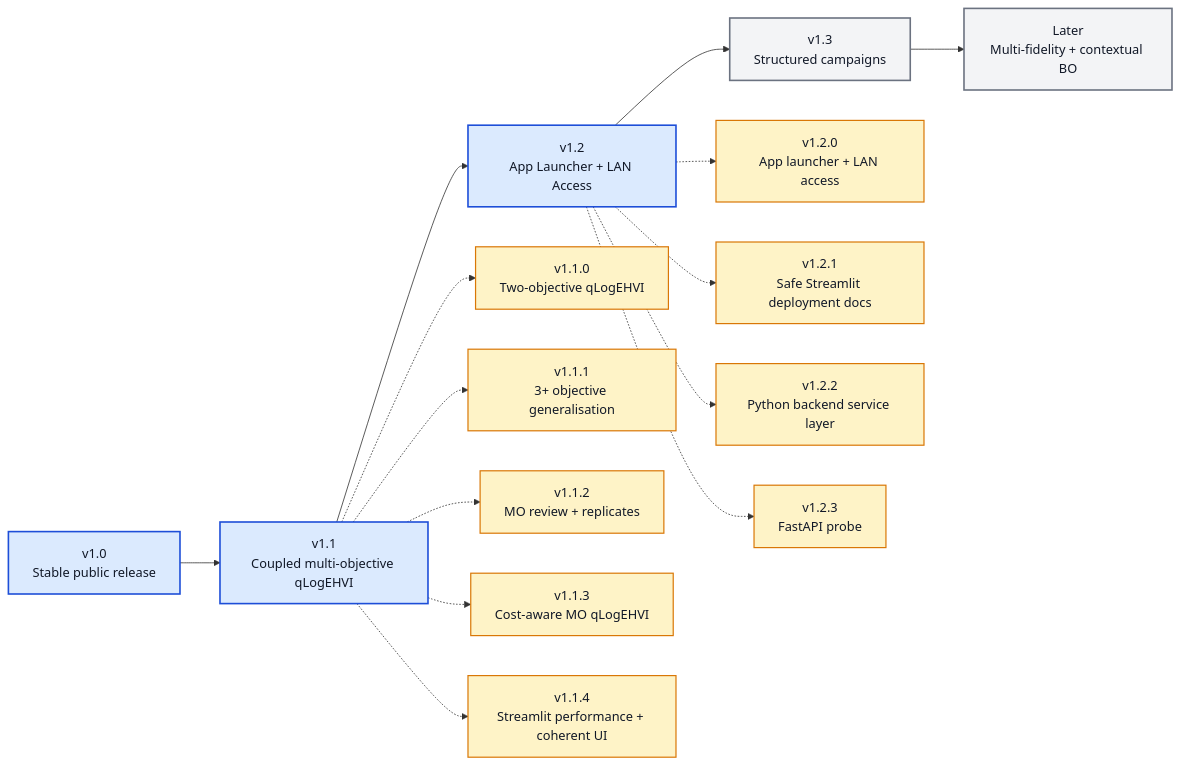
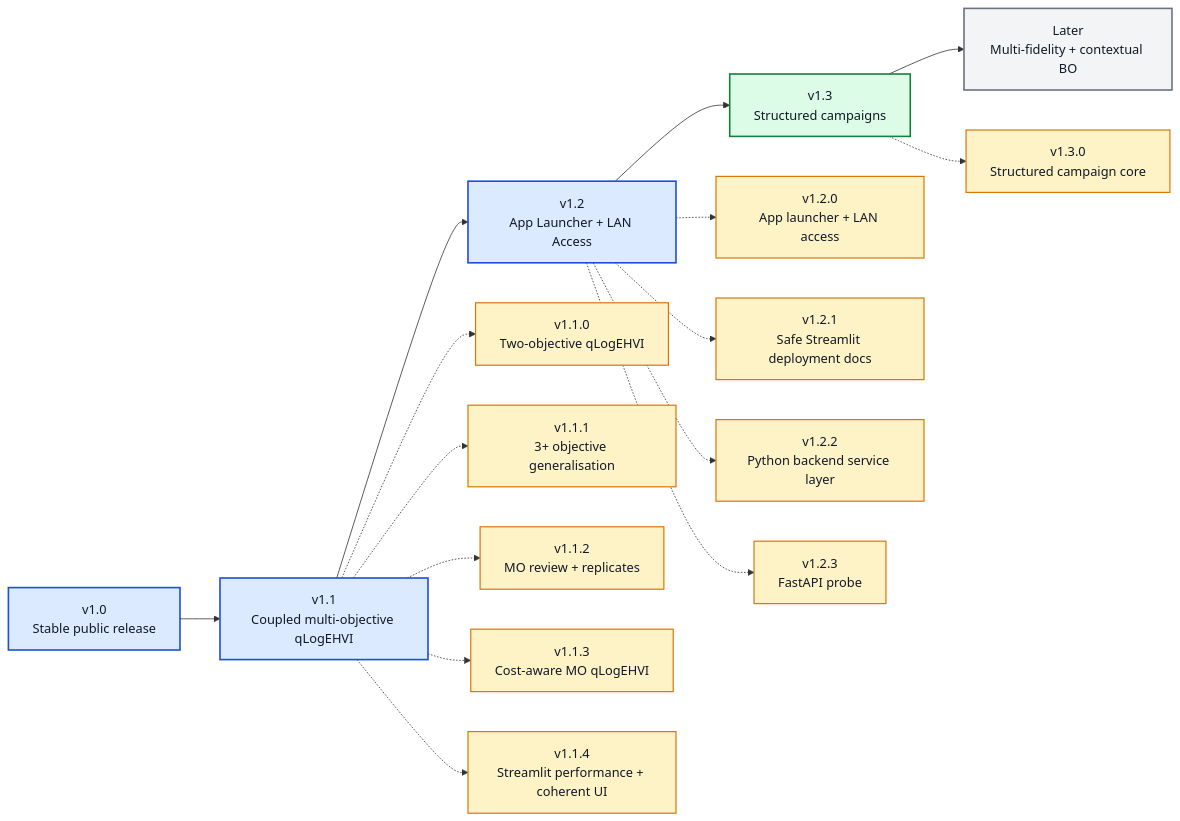
Before and after one commit to angzeli/bo-forge: the diagram in ROADMAP_V1_X.md, drawn with Mermaid. The commit also changed other lines of this file and 31 other files, not shown here.

Commit message:
v1.3.0 update: structured campaign core

````diff
--- a/ROADMAP_V1_X.md
+++ b/ROADMAP_V1_X.md
@@ -7,32 +7,36 @@
 ```mermaid
 flowchart LR
     v10["v1.0<br/>Stable public release"] --> v11["v1.1<br/>Coupled multi-objective qLogEHVI"] --> v12["v1.2<br/>App Launcher + LAN Access"] --> v13["v1.3<br/>Structured campaigns"] --> later["Later<br/>Multi-fidelity + contextual BO"]
 
     v110["v1.1.0<br/>Two-objective qLogEHVI"]
     v111["v1.1.1<br/>3+ objective generalisation"]
     v112["v1.1.2<br/>MO review + replicates"]
     v113["v1.1.3<br/>Cost-aware MO qLogEHVI"]
     v114["v1.1.4<br/>Streamlit performance + coherent UI"]
     v120["v1.2.0<br/>App launcher + LAN access"]
     v121["v1.2.1<br/>Safe Streamlit deployment docs"]
     v122["v1.2.2<br/>Python backend service layer"]
     v123["v1.2.3<br/>FastAPI probe"]
+    v130["v1.3.0<br/>Structured campaign core"]
     
     v11 -.-> v110
     v11 -.-> v111
     v11 -.-> v112
     v11 -.-> v113
     v11 -.-> v114
     v12 -.-> v120
     v12 -.-> v121
     v12 -.-> v122
     v12 -.-> v123
+    v13 -.-> v130
 
     class v10,v11,v12 majorDone
-    class v13,later majorFuture
-    class v110,v111,v112,v113,v114,v120,v121,v122,v123 patchDone
+    class v13 majorActive
+    class later majorFuture
+    class v110,v111,v112,v113,v114,v120,v121,v122,v123,v130 patchDone
 
     classDef majorDone fill:#dbeafe,stroke:#1d4ed8,stroke-width:2px,color:#111827;
+    classDef majorActive fill:#dcfce7,stroke:#15803d,stroke-width:2px,color:#111827;
     classDef majorFuture fill:#f3f4f6,stroke:#6b7280,stroke-width:2px,color:#111827;
     classDef patchDone fill:#fef3c7,stroke:#d97706,stroke-width:1.5px,color:#111827;
 ```
````
